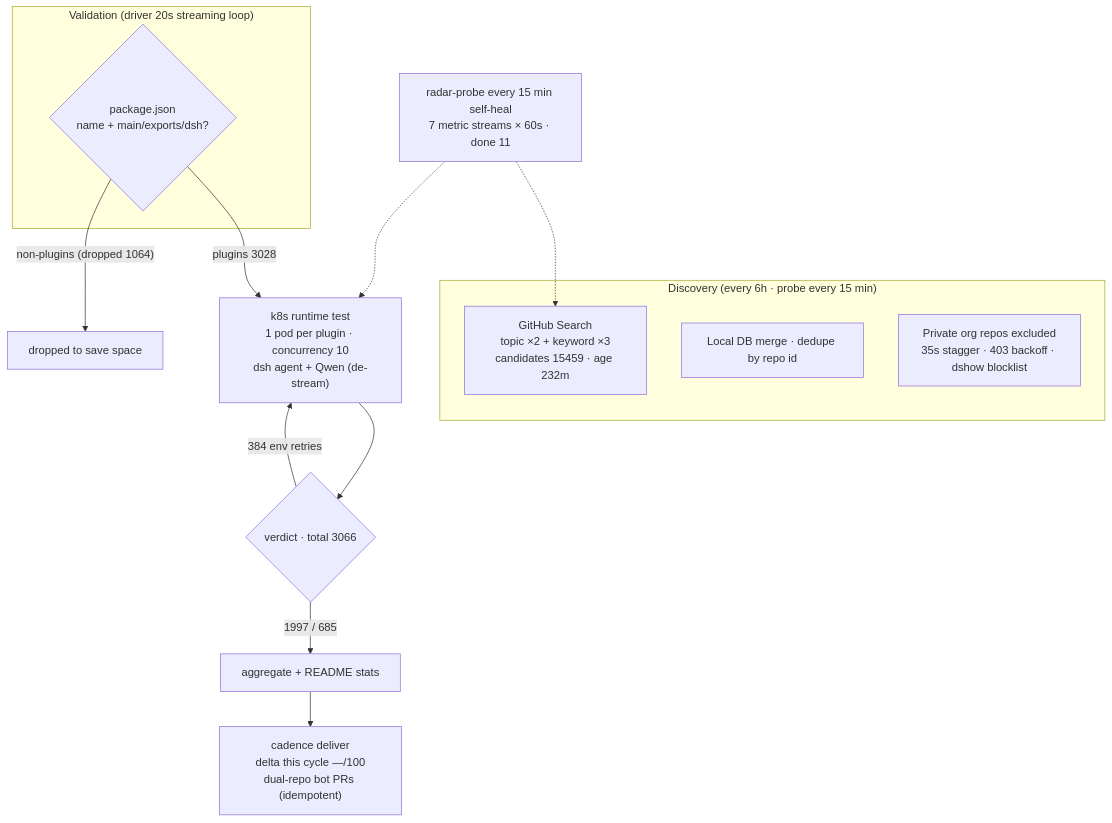
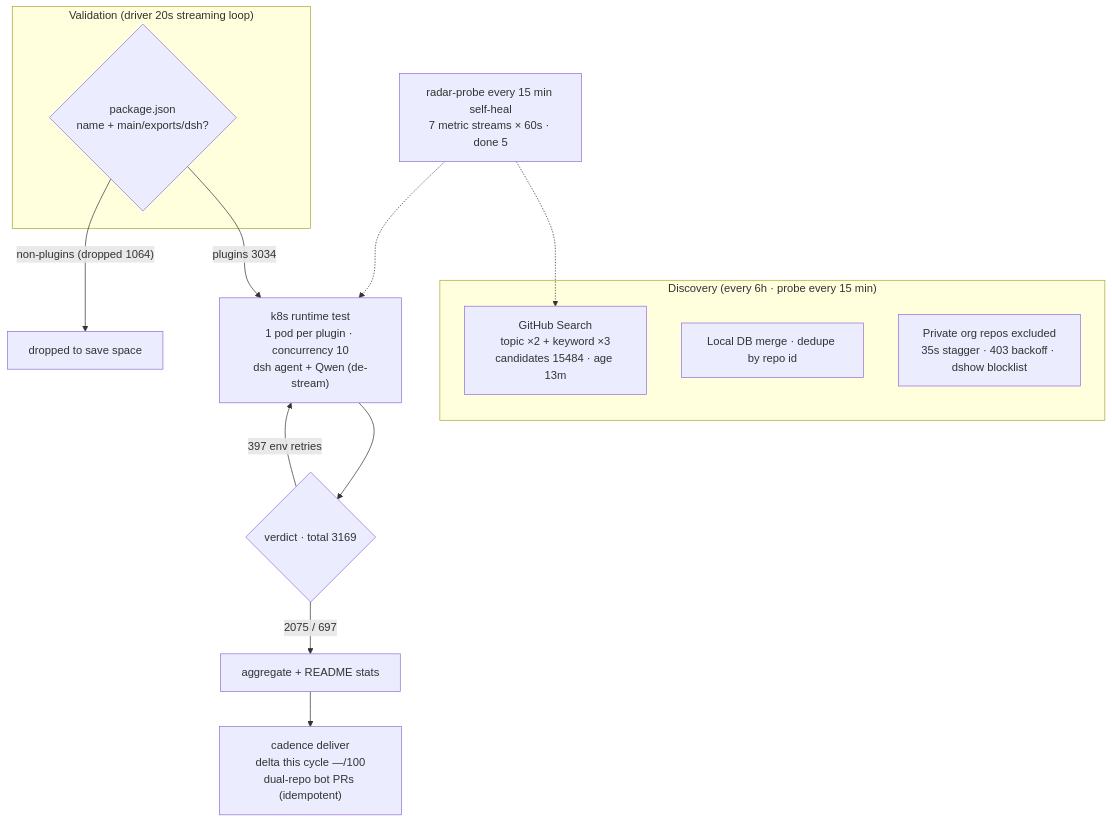
The diagram in README.en-US.md (AdamPlatin123/awesome-dsh-plugins), drawn with Mermaid before and after one commit. The commit also changed other lines of this file and 5 other files, not shown here.

````diff
--- a/README.en-US.md
+++ b/README.en-US.md
@@ -30,20 +30,20 @@
 ```mermaid
 flowchart TB
     subgraph Discovery["Discovery (every 6h · probe every 15 min)"]
-        A1["GitHub Search<br/>topic ×2 + keyword ×3<br/>candidates 15459 · age 232m"]
+        A1["GitHub Search<br/>topic ×2 + keyword ×3<br/>candidates 15484 · age 13m"]
         A2["Local DB merge · dedupe by repo id"]
         A3["Private org repos excluded<br/>35s stagger · 403 backoff · dshow blocklist"]
     end
     subgraph Validation["Validation (driver 20s streaming loop)"]
         B1{"package.json<br/>name + main/exports/dsh?"}
     end
-    B1 -->|"plugins 3028"| C1["k8s runtime test<br/>1 pod per plugin · concurrency 10<br/>dsh agent + Qwen (de-stream)"]
+    B1 -->|"plugins 3034"| C1["k8s runtime test<br/>1 pod per plugin · concurrency 10<br/>dsh agent + Qwen (de-stream)"]
     B1 -->|"non-plugins (dropped 1064)"| B3["dropped to save space"]
-    C1 --> D1{"verdict · total 3066"}
-    D1 -->|"1997 / 685"| E1["aggregate + README stats"]
-    D1 -->|"384 env retries"| C1
+    C1 --> D1{"verdict · total 3169"}
+    D1 -->|"2075 / 697"| E1["aggregate + README stats"]
+    D1 -->|"397 env retries"| C1
     E1 --> E2["cadence deliver<br/>delta this cycle —/100<br/>dual-repo bot PRs (idempotent)"]
-    M["radar-probe every 15 min self-heal<br/>7 metric streams × 60s · done 11"]
+    M["radar-probe every 15 min self-heal<br/>7 metric streams × 60s · done 5"]
     M -.-> A1
     M -.-> C1
 ```
````
